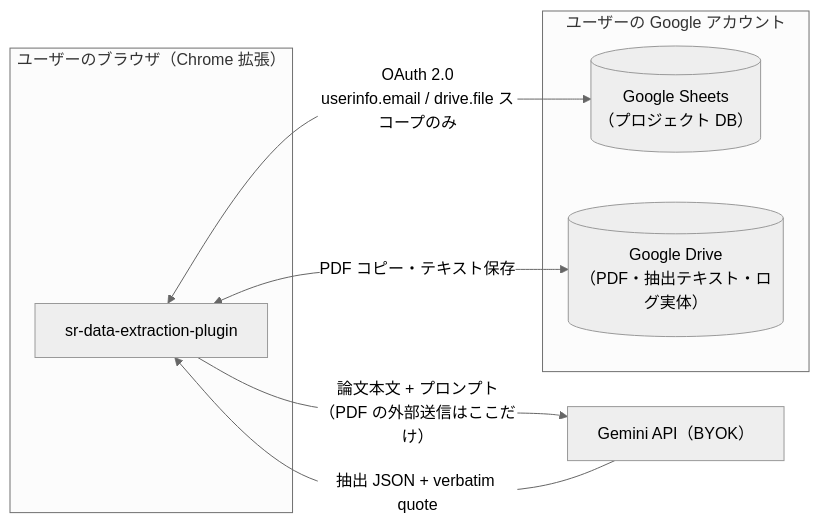
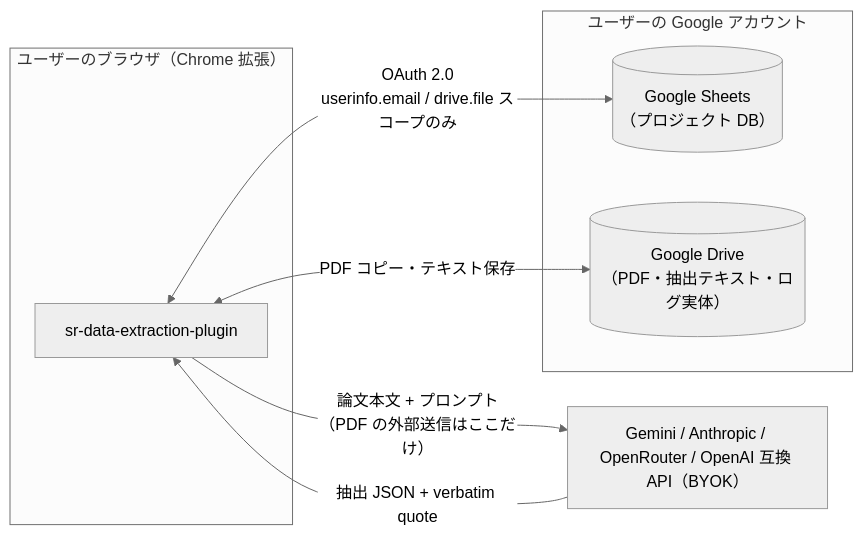
One commit to youkiti/sr-data-extraction-plugin changed the diagram in README.md. Above: the diagram before and after it, drawn with Mermaid (neutral theme). The commit also changed other lines of this file and 2 other files, not shown here.

````diff
--- a/README.md
+++ b/README.md
@@ -41,16 +41,16 @@
 ```mermaid
 flowchart LR
     subgraph User["ユーザーのブラウザ（Chrome 拡張）"]
         Ext[sr-data-extraction-plugin]
     end
     subgraph Google["ユーザーの Google アカウント"]
         Sheets[("Google Sheets<br/>（プロジェクト DB）")]
         Drive[("Google Drive<br/>（PDF・抽出テキスト・ログ実体）")]
     end
-    LLM["Gemini API（BYOK）"]
+    LLM["Gemini / Anthropic / OpenRouter / OpenAI 互換 API（BYOK）"]
 
     Ext <-->|"OAuth 2.0<br/>userinfo.email / drive.file スコープのみ"| Sheets
     Ext <-->|PDF コピー・テキスト保存| Drive
     Ext -->|"論文本文 + プロンプト<br/>（PDF の外部送信はここだけ）"| LLM
     LLM -->|抽出 JSON + verbatim quote| Ext
 ```
````
